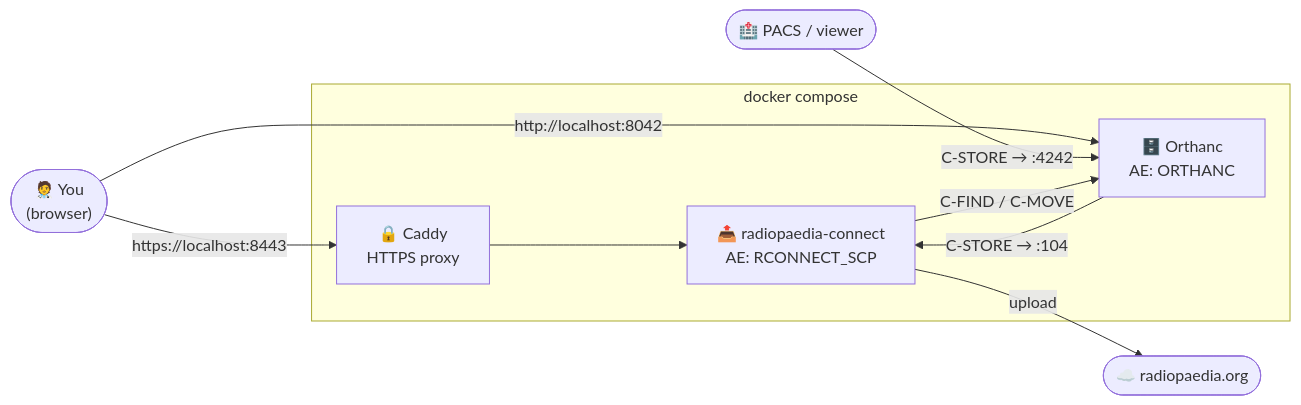
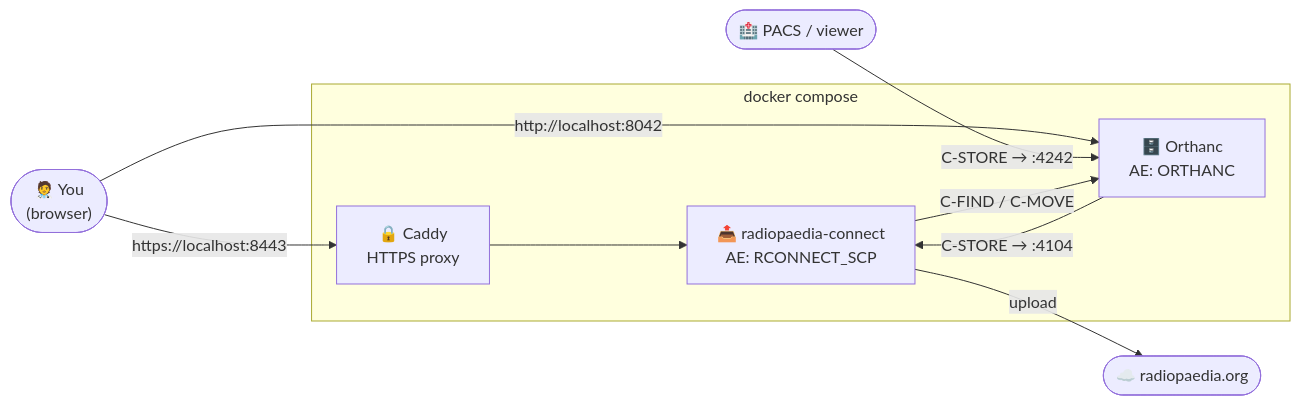
The diagram in README.md (timbophillips/rp-connect), drawn with Mermaid before and after one commit. The commit also changed other lines of this file and 1 other file, not shown here.

````diff
--- a/README.md
+++ b/README.md
@@ -5,20 +5,20 @@
 ```mermaid
 flowchart LR
     you(["🧑‍⚕️ You<br/>(browser)"])
     pacs(["🏥 PACS / viewer"])
 
     subgraph stack ["docker compose"]
         caddy["🔒 Caddy<br/>HTTPS proxy"]
         rp["📤 radiopaedia-connect<br/>AE: RCONNECT_SCP"]
         orthanc["🗄️ Orthanc<br/>AE: ORTHANC"]
     end
 
     rp_cloud(["☁️ radiopaedia.org"])
 
     you -- "https://localhost:8443" --> caddy --> rp
     you -- "http://localhost:8042" --> orthanc
     pacs -- "C-STORE → :4242" --> orthanc
     rp -- "C-FIND / C-MOVE" --> orthanc
-    orthanc -- "C-STORE → :104" --> rp
+    orthanc -- "C-STORE → :4104" --> rp
     rp -- "upload" --> rp_cloud
 ```
````
